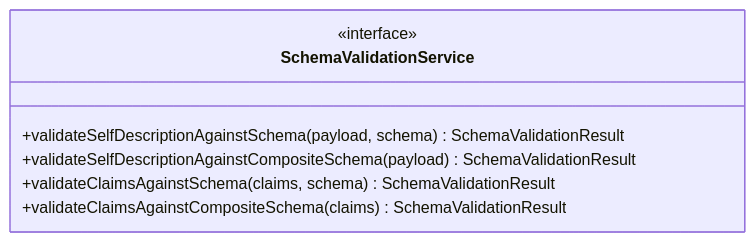
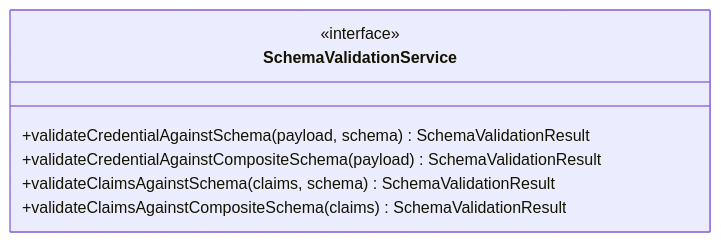
The fourth of 10 diagrams in federated-catalogue/src/docs/architecture/chapters/05_building_block_view.adoc (federated-catalogue-enhancements-2026/docs), drawn with Mermaid before and after one commit. The commit also changed other lines of this file and 11 other files, not shown here.

```diff
--- a/federated-catalogue/src/docs/architecture/chapters/05_building_block_view.adoc
+++ b/federated-catalogue/src/docs/architecture/chapters/05_building_block_view.adoc
@@ -389,11 +389,11 @@
 [mermaid, width=2000]
 ....
 classDiagram
     class SchemaValidationService {
         <<interface>>
-        +validateSelfDescriptionAgainstSchema(payload, schema) SchemaValidationResult
-        +validateSelfDescriptionAgainstCompositeSchema(payload) SchemaValidationResult
+        +validateCredentialAgainstSchema(payload, schema) SchemaValidationResult
+        +validateCredentialAgainstCompositeSchema(payload) SchemaValidationResult
         +validateClaimsAgainstSchema(claims, schema) SchemaValidationResult
         +validateClaimsAgainstCompositeSchema(claims) SchemaValidationResult
     }
 ....
```
